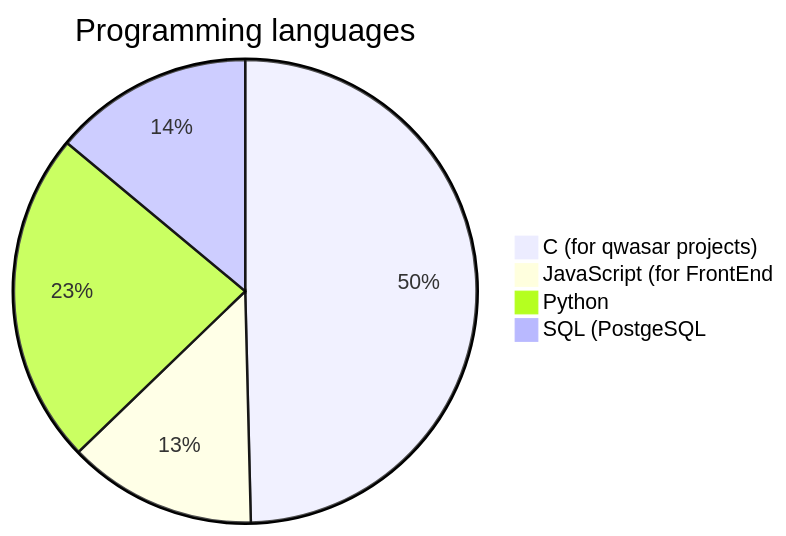
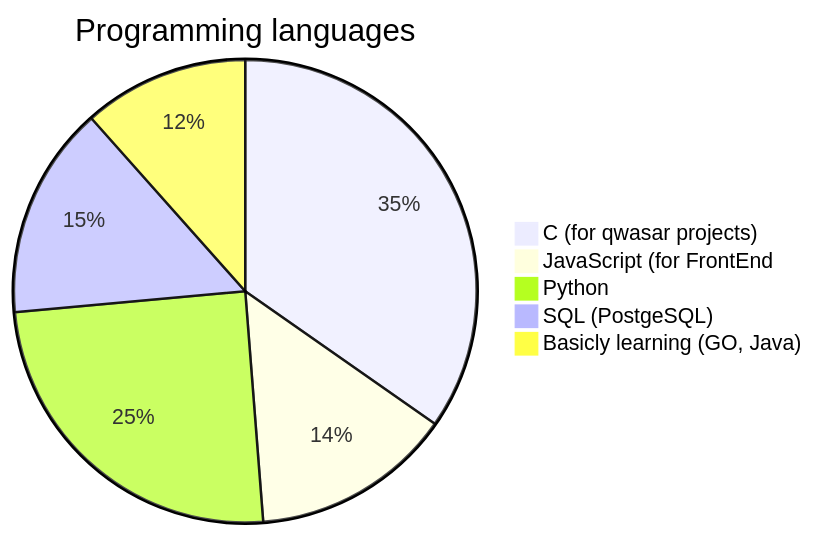
The diagram in README.md (holmon-alp/holmon-alp), drawn with Mermaid before and after one commit.

Commit message:
go and java

````diff
--- a/README.md
+++ b/README.md
@@ -20,8 +20,9 @@
 ```mermaid
 pie
     title Programming languages
-    "C (for qwasar projects)" : 320
+    "C (for qwasar projects)" : 210
     "JavaScript (for FrontEnd" : 85
     "Python" : 150
-    "SQL (PostgeSQL" : 90
+    "SQL (PostgeSQL)" : 90
+    "Basicly learning (GO, Java)" : 70
 ```
````
